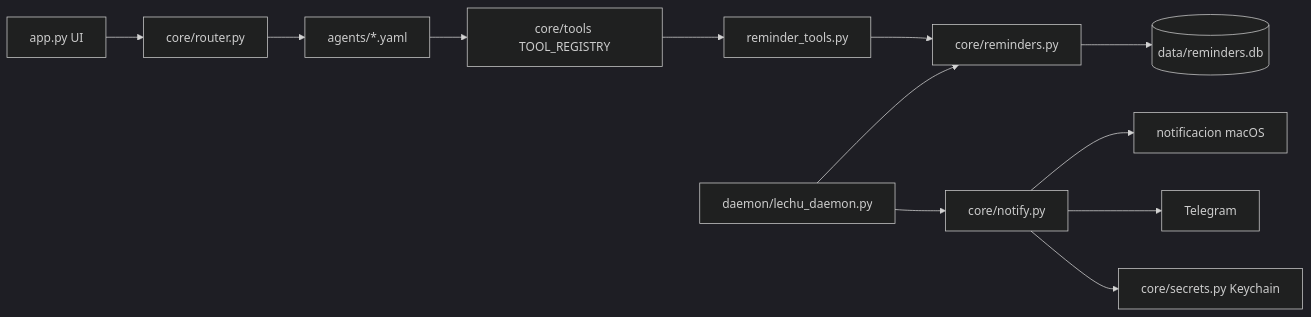
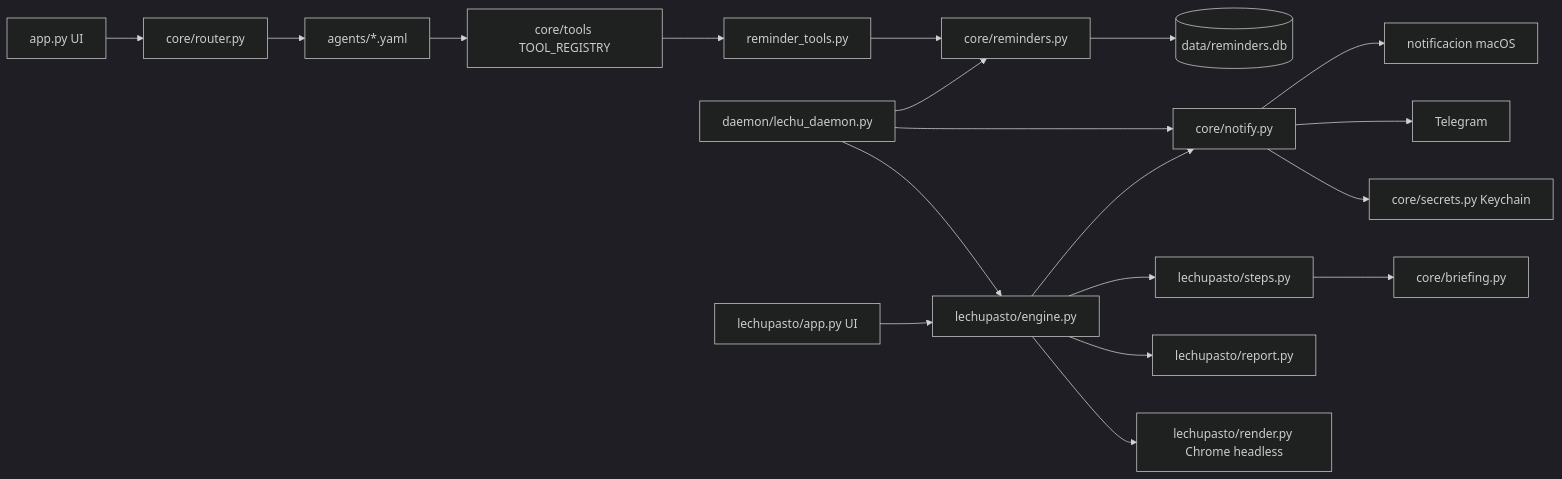
The diagram in codemap/ARCHITECTURE.md (Lechuza22/LechuChabotLocal), drawn with Mermaid (dark theme) before and after one commit. The commit also changed other lines of this file and 18 other files, not shown here.

First line of the commit message:
Add LechuPasto: task engine, HTML reports with screenshots to Telegram, UI and launcher

````diff
--- a/codemap/ARCHITECTURE.md
+++ b/codemap/ARCHITECTURE.md
@@ -5,14 +5,21 @@
 ```mermaid
 graph LR
     app[app.py UI] --> router[core/router.py]
     router --> agents[agents/*.yaml]
     agents --> registry[core/tools TOOL_REGISTRY]
     registry --> reminder_tools[reminder_tools.py]
     reminder_tools --> reminders[core/reminders.py]
     reminders --> db[(data/reminders.db)]
     daemon[daemon/lechu_daemon.py] --> reminders
     daemon --> notify[core/notify.py]
     notify --> macos[notificacion macOS]
     notify --> telegram[Telegram]
     notify --> secrets[core/secrets.py Keychain]
+    daemon --> engine[lechupasto/engine.py]
+    pasto[lechupasto/app.py UI] --> engine
+    engine --> steps[lechupasto/steps.py]
+    steps --> briefing[core/briefing.py]
+    engine --> report[lechupasto/report.py]
+    engine --> render[lechupasto/render.py Chrome headless]
+    engine --> notify
 ```
````
